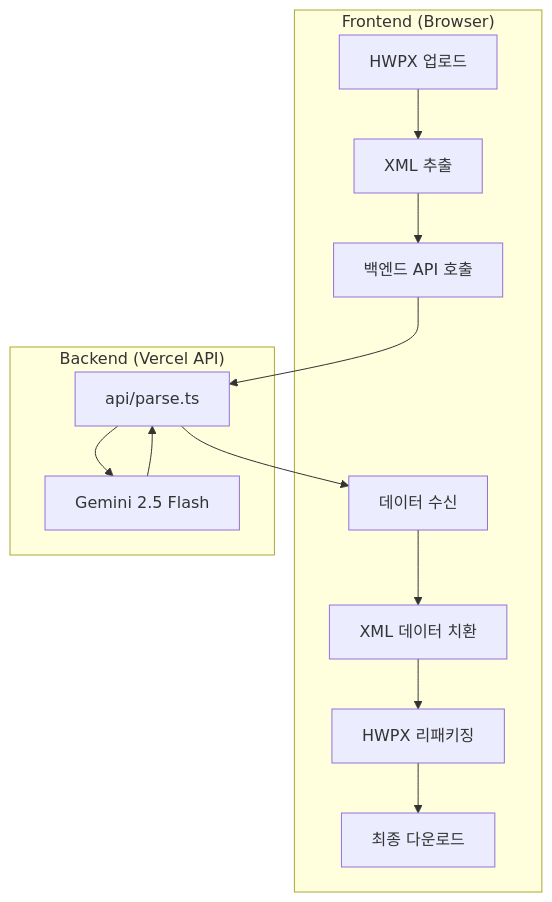
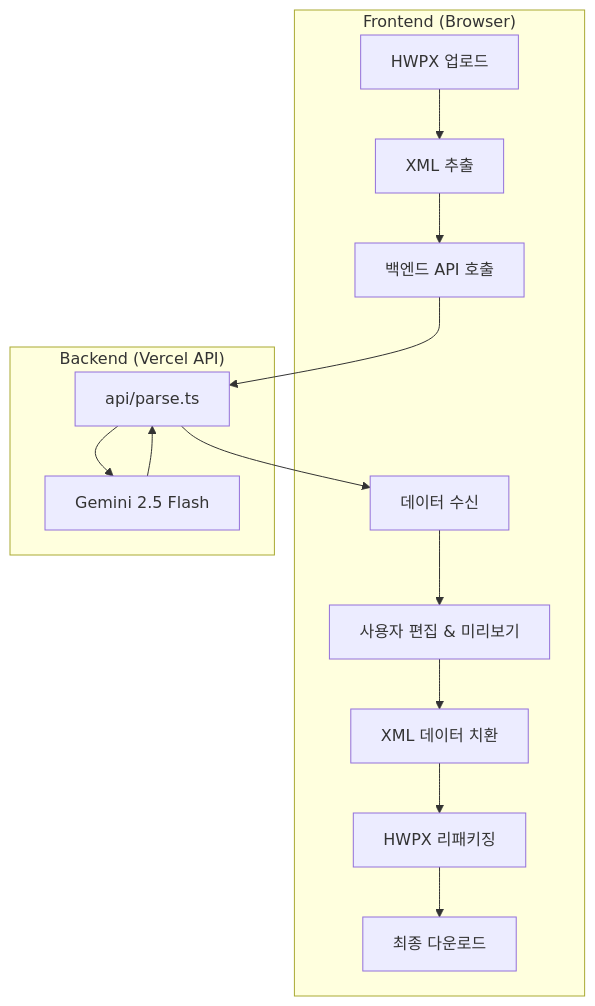
Before and after one commit to jpjp92/hwpx-back: the diagram in README.md, drawn with Mermaid. The commit also changed other lines of this file and 1 other file, not shown here.

````diff
--- a/README.md
+++ b/README.md
@@ -47,17 +56,18 @@
 ```mermaid
 flowchart TD
     subgraph Frontend ["Frontend (Browser)"]
         U[HWPX 업로드] --> UNZIP[XML 추출]
         UNZIP --> REQ[백엔드 API 호출]
-        RES[데이터 수신] --> PATCH[XML 데이터 치환]
+        RES[데이터 수신] --> EDIT[사용자 편집 & 미리보기]
+        EDIT --> PATCH[XML 데이터 치환]
         PATCH --> REPACK[HWPX 리패키징]
         REPACK --> DL[최종 다운로드]
     end
 
     subgraph Backend ["Backend (Vercel API)"]
         REQ --> API[api/parse.ts]
         API --> G[Gemini 2.5 Flash]
         G --> API
         API --> RES
     end
 ```
````
